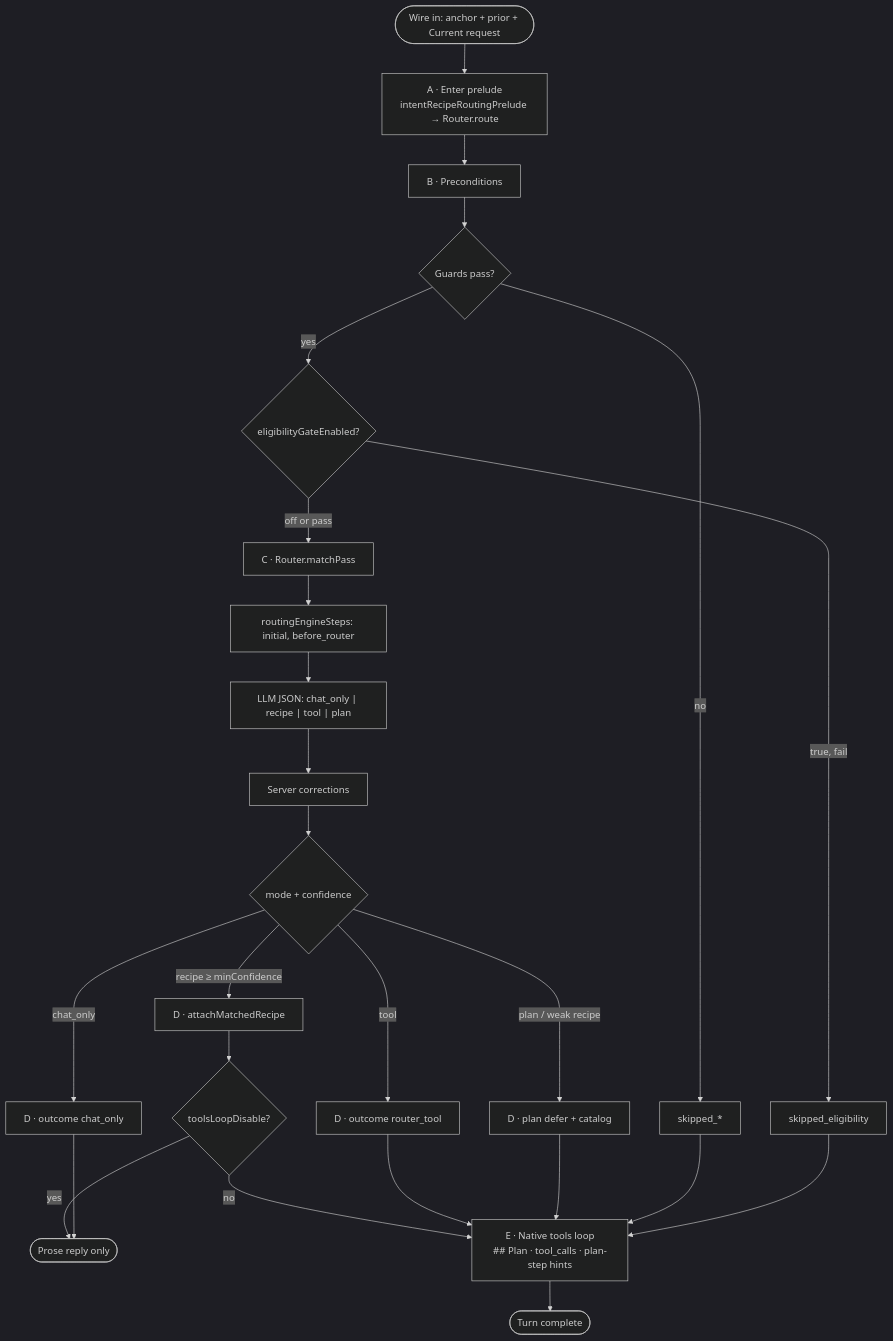
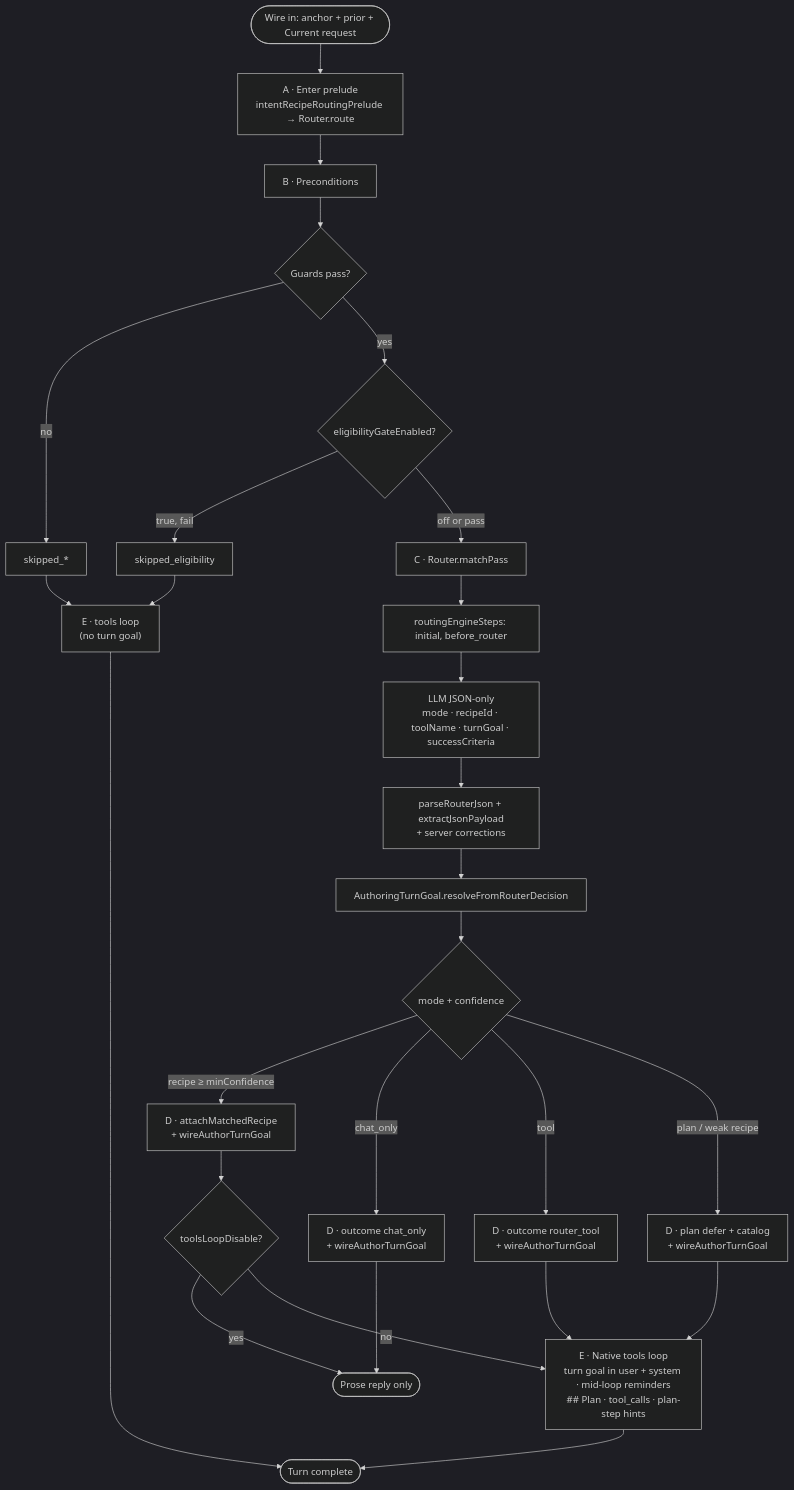
The second of 4 diagrams in docs/internals/intent-recipe-routing.md (craftercms/ai-assistant-plugin), drawn with Mermaid (dark theme) before and after one commit. The commit also changed other lines of this file and 30 other files, not shown here.

Commit message:
Add turn-goal routing, new-content WriteContent validation, and spec/docs/tests.

````diff
--- a/docs/internals/intent-recipe-routing.md
+++ b/docs/internals/intent-recipe-routing.md
@@ -89,37 +93,39 @@
 ```mermaid
 flowchart TD
   Wire([Wire in: anchor + prior + Current request]) --> A
 
   A["A · Enter prelude<br/>intentRecipeRoutingPrelude → Router.route"]
   A --> B
 
   B["B · Preconditions"]
   B --> Bok{Guards pass?}
   Bok -->|no| Bskip["skipped_*"]
   Bok -->|yes| Begate{eligibilityGateEnabled?}
   Begate -->|true, fail| BskipElig["skipped_eligibility"]
   Begate -->|off or pass| C
 
   C["C · Router.matchPass"]
   C --> C0["routingEngineSteps: initial, before_router"]
-  C0 --> C1["LLM JSON: chat_only | recipe | tool | plan"]
-  C1 --> C2["Server corrections"]
-  C2 --> Cbranch{mode + confidence}
+  C0 --> C1["LLM JSON-only<br/>mode · recipeId · toolName · turnGoal · successCriteria"]
+  C1 --> C2["parseRouterJson + extractJsonPayload<br/>+ server corrections"]
+  C2 --> C3["AuthoringTurnGoal.resolveFromRouterDecision"]
+  C3 --> Cbranch{mode + confidence}
 
-  Cbranch -->|recipe ≥ minConfidence| D1["D · attachMatchedRecipe"]
-  Cbranch -->|chat_only| D2["D · outcome chat_only"]
-  Cbranch -->|tool| D3["D · outcome router_tool"]
-  Cbranch -->|plan / weak recipe| D4["D · plan defer + catalog"]
+  Cbranch -->|recipe ≥ minConfidence| D1["D · attachMatchedRecipe<br/>+ wireAuthorTurnGoal"]
+  Cbranch -->|chat_only| D2["D · outcome chat_only<br/>+ wireAuthorTurnGoal"]
+  Cbranch -->|tool| D3["D · outcome router_tool<br/>+ wireAuthorTurnGoal"]
+  Cbranch -->|plan / weak recipe| D4["D · plan defer + catalog<br/>+ wireAuthorTurnGoal"]
 
   D1 --> D1off{toolsLoopDisable?}
   D1off -->|yes| EndProse([Prose reply only])
   D1off -->|no| E
   D2 --> EndProse
   D3 --> E
   D4 --> E
-  Bskip --> E
-  BskipElig --> E
+  Bskip --> Eskip["E · tools loop<br/>(no turn goal)"]
+  BskipElig --> Eskip
 
-  E["E · Native tools loop<br/>## Plan · tool_calls · plan-step hints"]
+  E["E · Native tools loop<br/>turn goal in user + system · mid-loop reminders<br/>## Plan · tool_calls · plan-step hints"]
   E --> Done([Turn complete])
+  Eskip --> Done
 ```
````
